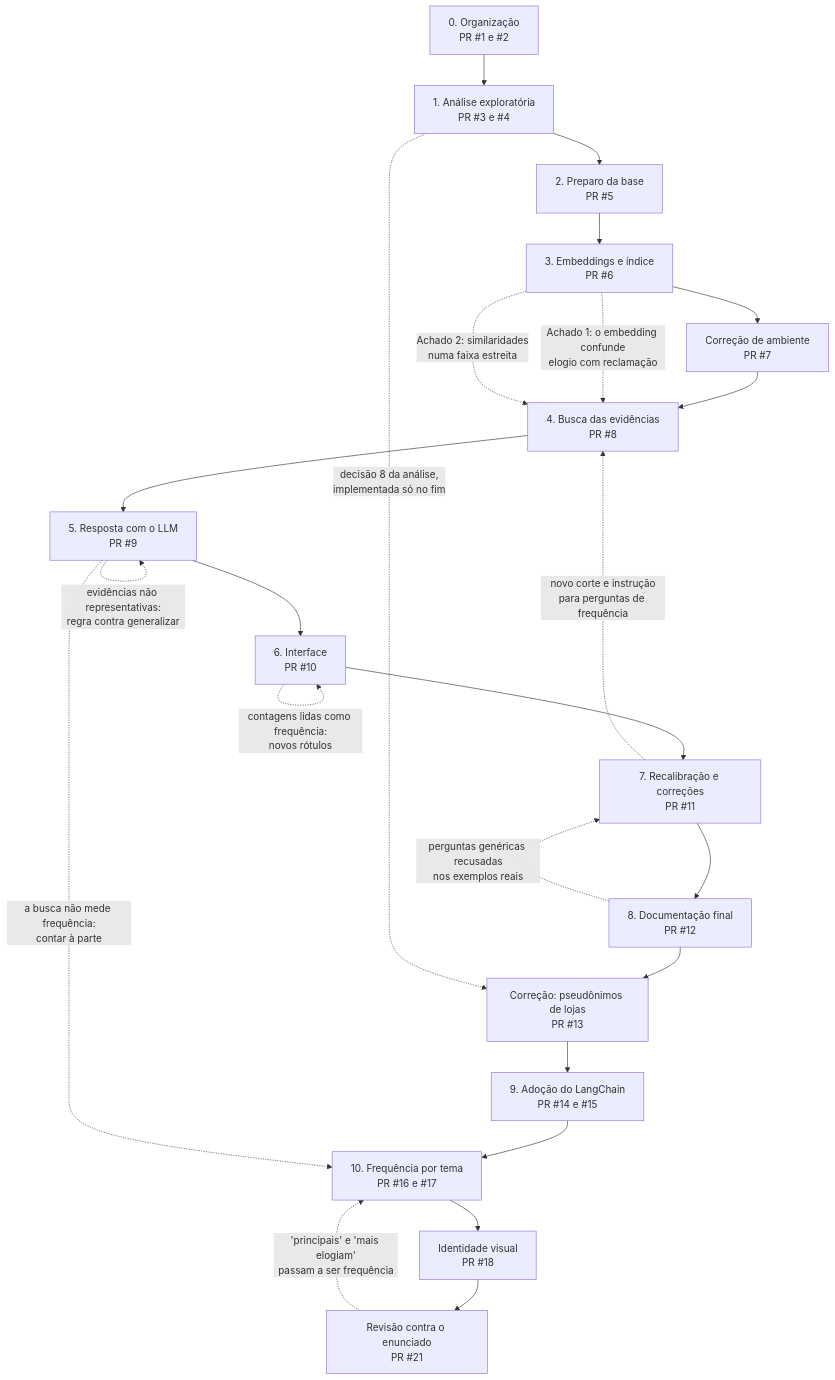
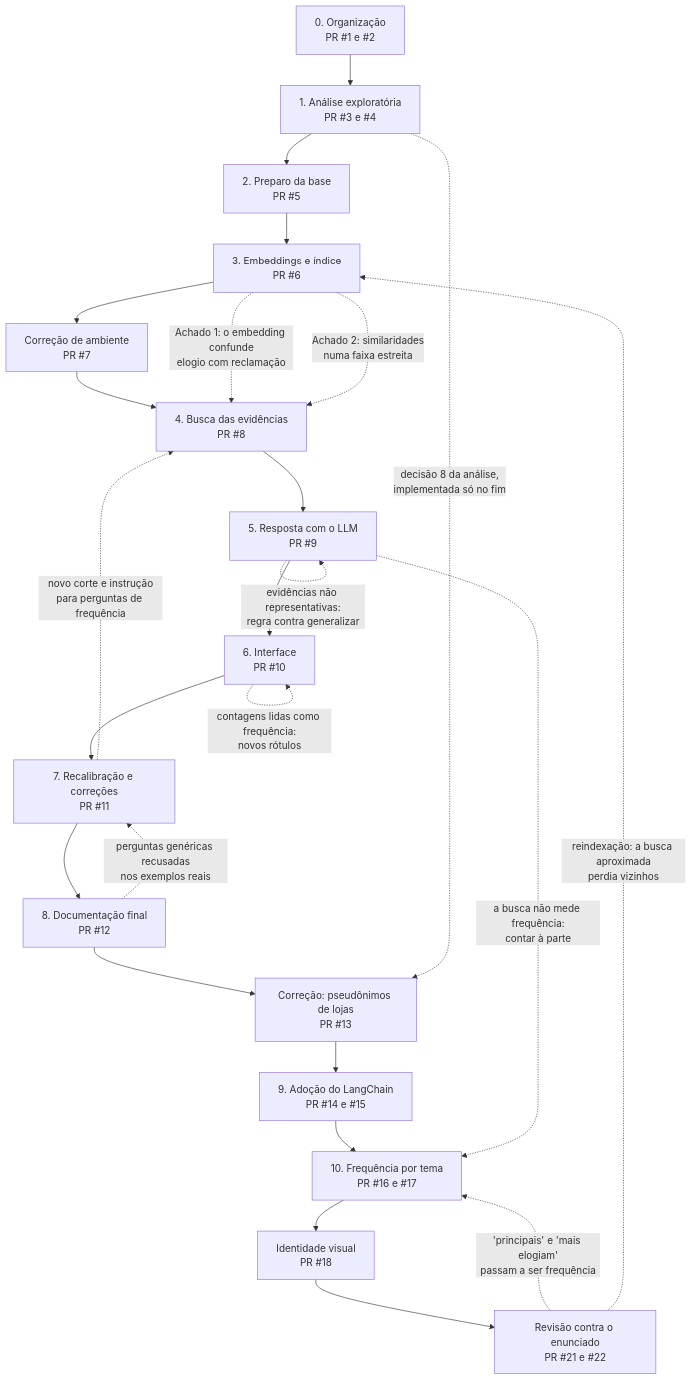
One commit to Dinaldorc/tech-challenge-fase4 changed the diagram in docs/processo.md. Above: the diagram before and after it, drawn with Mermaid. The commit also changed other lines of this file and 14 other files, not shown here.

````diff
--- a/docs/processo.md
+++ b/docs/processo.md
@@ -16,27 +16,28 @@
 ```mermaid
 flowchart TD
     E0["0. Organização<br/>PR #1 e #2"] --> E1["1. Análise exploratória<br/>PR #3 e #4"]
     E1 --> E2["2. Preparo da base<br/>PR #5"]
     E2 --> E3["3. Embeddings e índice<br/>PR #6"]
     E3 --> E3b["Correção de ambiente<br/>PR #7"]
     E3b --> E4["4. Busca das evidências<br/>PR #8"]
     E4 --> E5["5. Resposta com o LLM<br/>PR #9"]
     E5 --> E6["6. Interface<br/>PR #10"]
     E6 --> E7["7. Recalibração e correções<br/>PR #11"]
     E7 --> E8["8. Documentação final<br/>PR #12"]
     E8 --> E9["Correção: pseudônimos de lojas<br/>PR #13"]
     E9 --> E10["9. Adoção do LangChain<br/>PR #14 e #15"]
     E10 --> E11["10. Frequência por tema<br/>PR #16 e #17"]
     E11 --> E12["Identidade visual<br/>PR #18"]
-    E12 --> E13["Revisão contra o enunciado<br/>PR #21"]
+    E12 --> E13["Revisão contra o enunciado<br/>PR #21 e #22"]
     E13 -.->|"'principais' e 'mais elogiam'<br/>passam a ser frequência"| E11
     E5 -.->|"a busca não mede frequência:<br/>contar à parte"| E11
+    E13 -.->|"reindexação: a busca aproximada<br/>perdia vizinhos"| E3
 
     E3 -.->|"Achado 1: o embedding confunde<br/>elogio com reclamação"| E4
     E3 -.->|"Achado 2: similaridades<br/>numa faixa estreita"| E4
     E5 -.->|"evidências não representativas:<br/>regra contra generalizar"| E5
     E6 -.->|"contagens lidas como frequência:<br/>novos rótulos"| E6
     E8 -.->|"perguntas genéricas recusadas<br/>nos exemplos reais"| E7
     E7 -.->|"novo corte e instrução<br/>para perguntas de frequência"| E4
     E1 -.->|"decisão 8 da análise,<br/>implementada só no fim"| E9
 ```
````
